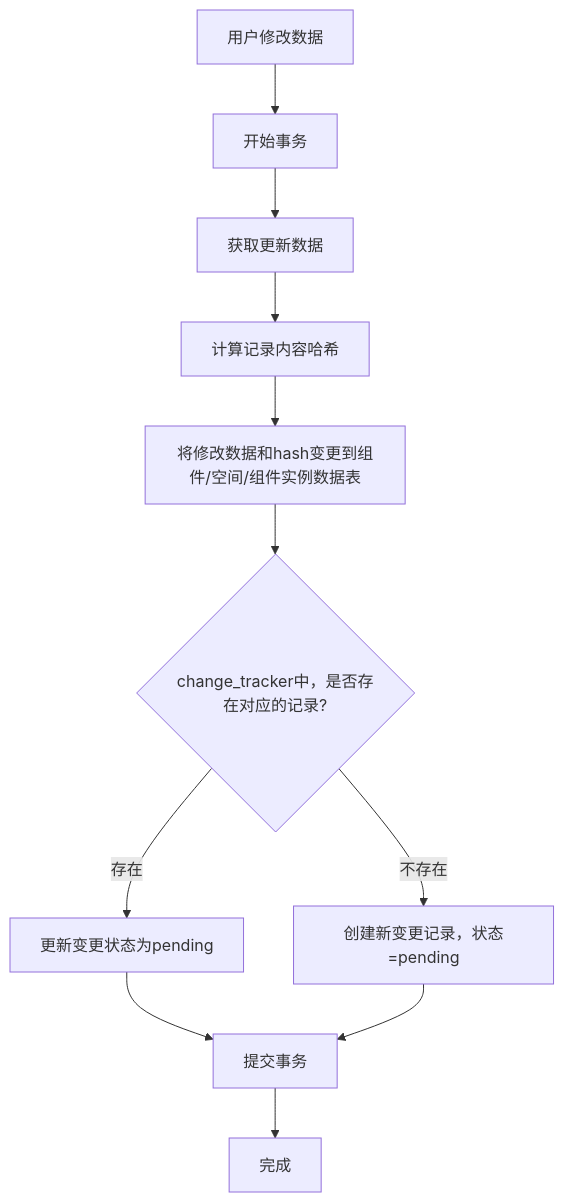
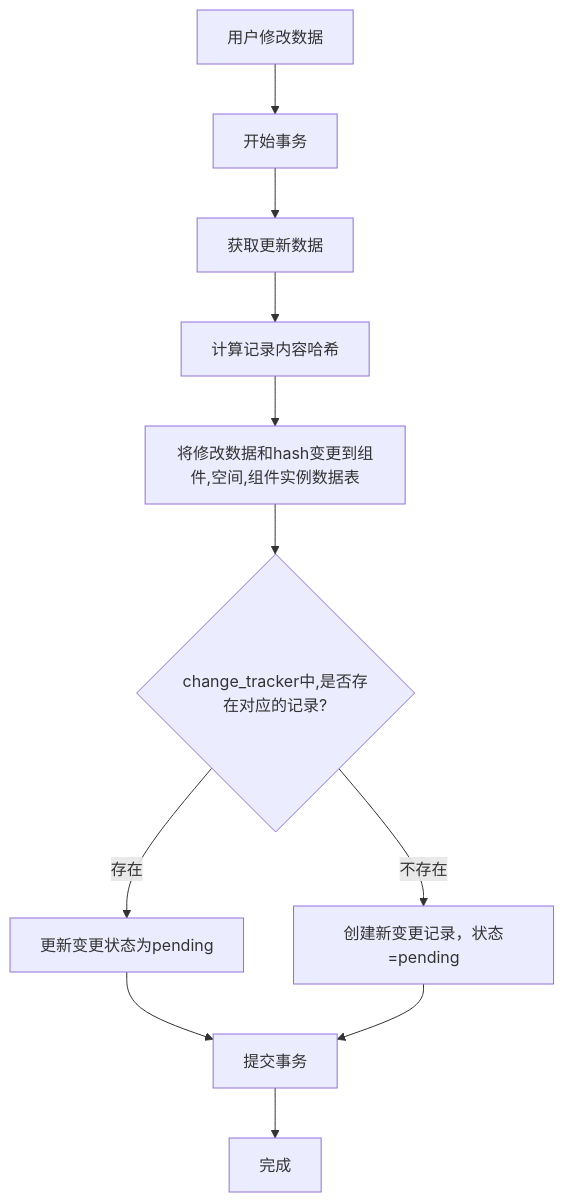
The diagram in all/未命名-43.md (yingjianzh/iodraw-files), drawn with Mermaid before and after one commit.

Commit message:
2025-04-25 09:49:48 update

````diff
--- a/all/未命名-43.md
+++ b/all/未命名-43.md
@@ -1,16 +1,18 @@
 ```mermaid
+
 flowchart TD
     Start[用户修改数据] --> StartTransaction[开始事务]
     StartTransaction --> UpdateRecord[获取更新数据]
     UpdateRecord --> ComputeHash[计算记录内容哈希]
-    ComputeHash --> SaveHash[将修改数据和hash变更到组件/空间/组件实例数据表]
+    ComputeHash --> SaveHash[将修改数据和hash变更到组件,空间,组件实例数据表]
    
     
-    SaveHash --> CheckChangeExists{change_tracker中，是否存在对应的记录?}
+    SaveHash --> CheckChangeExists{change_tracker中,是否存在对应的记录?}
     CheckChangeExists -- 存在 --> UpdateChange[更新变更状态为pending]
     CheckChangeExists -- 不存在 --> CreateChange[创建新变更记录，状态=pending]
     
     UpdateChange --> CommitTransaction[提交事务]
     CreateChange --> CommitTransaction
     CommitTransaction --> End[完成]
+
 ```
````
